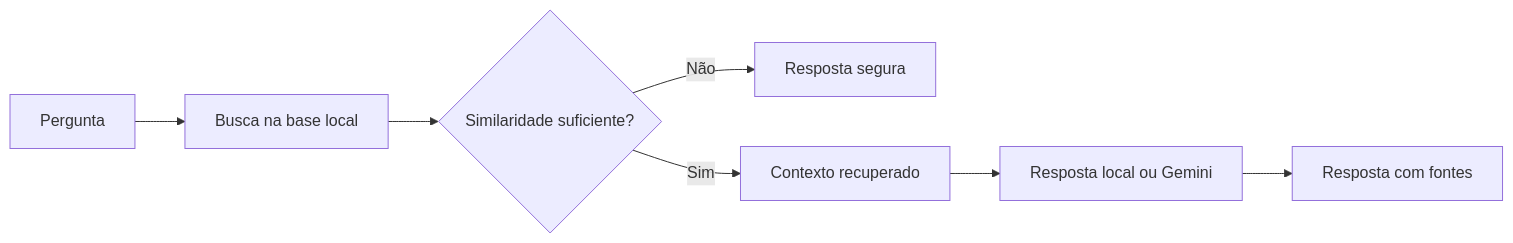
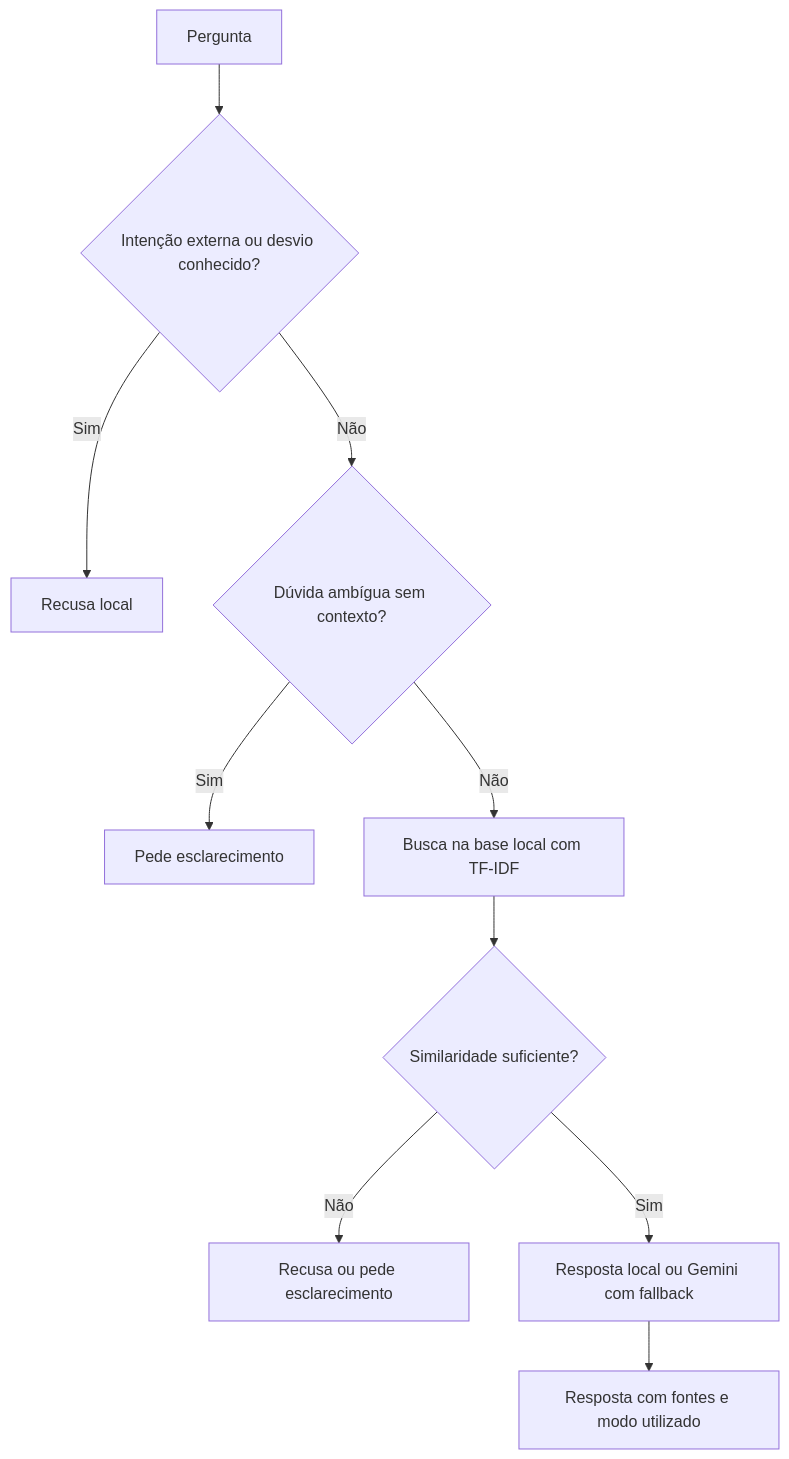
Before and after one commit to sonmook/nexopy-assistente-virtual: the diagram in README.md, drawn with Mermaid. The commit also changed other lines of this file and 3 other files, not shown here.

````diff
--- a/README.md
+++ b/README.md
@@ -39,9 +53,12 @@
 ```mermaid
-flowchart LR
-    A[Pergunta] --> B[Busca na base local]
-    B --> C{Similaridade suficiente?}
-    C -- Não --> D[Resposta segura]
-    C -- Sim --> E[Contexto recuperado]
-    E --> F[Resposta local ou Gemini]
-    F --> G[Resposta com fontes]
+flowchart TD
+    A[Pergunta] --> B{Intenção externa ou desvio conhecido?}
+    B -- Sim --> C[Recusa local]
+    B -- Não --> D{Dúvida ambígua sem contexto?}
+    D -- Sim --> E[Pede esclarecimento]
+    D -- Não --> F[Busca na base local com TF-IDF]
+    F --> G{Similaridade suficiente?}
+    G -- Não --> H[Recusa ou pede esclarecimento]
+    G -- Sim --> I[Resposta local ou Gemini com fallback]
+    I --> J[Resposta com fontes e modo utilizado]
 ```
````
